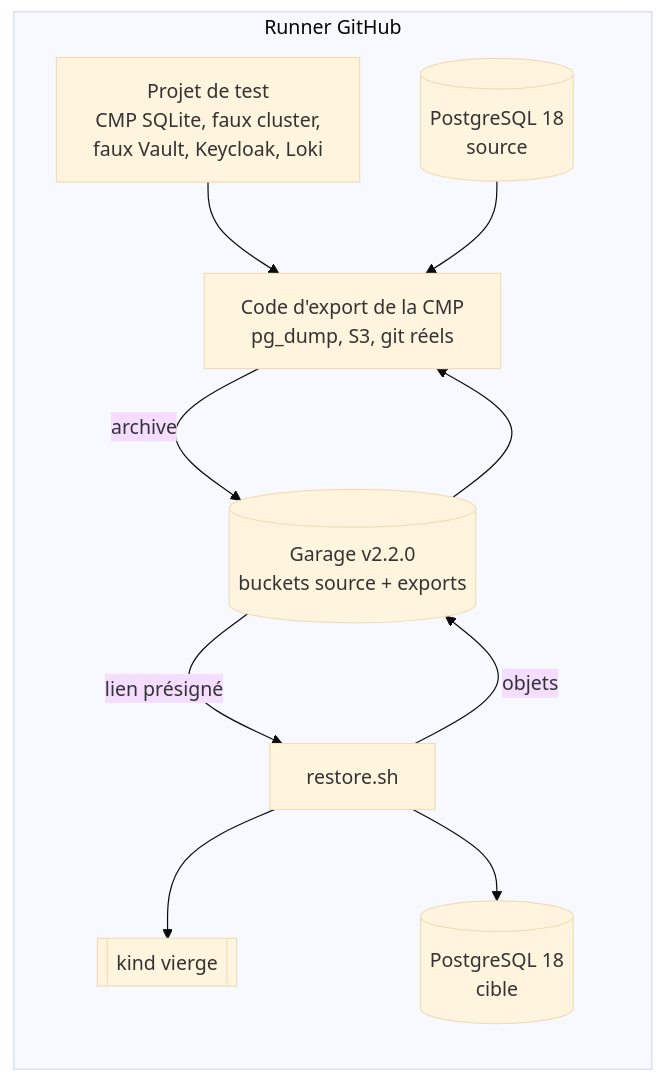
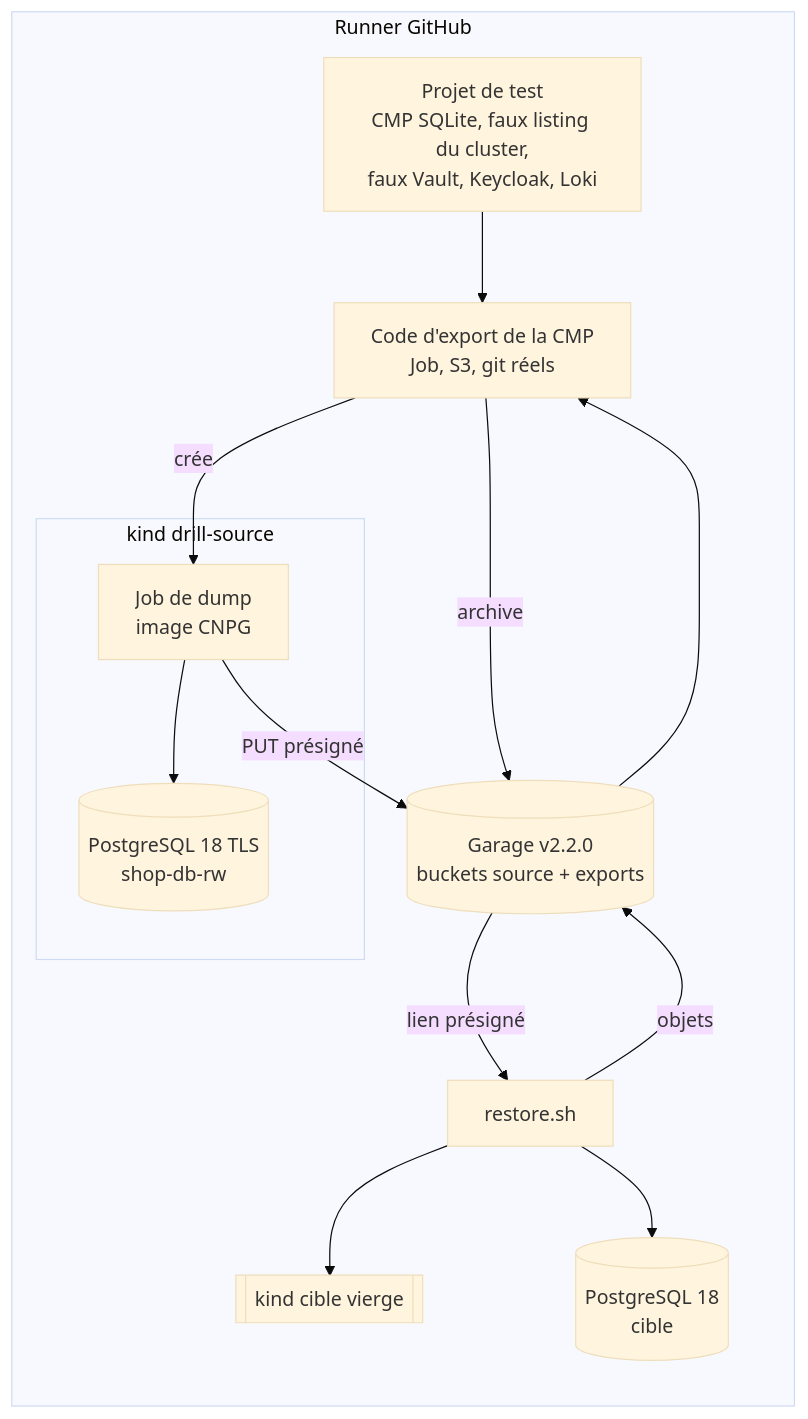
Before and after one commit to 3-Istor/cnp-docs: the first of 2 diagrams in docs/09-conformite/03-reversibilite-portabilite.md, drawn with Mermaid (base theme). The commit also changed other lines of this file, not shown here.

First line of the commit message:
docs(compliance): secret values stay in Vault, dump Job, erasure audit

````diff
--- a/docs/09-conformite/03-reversibilite-portabilite.md
+++ b/docs/09-conformite/03-reversibilite-portabilite.md
@@ -199,20 +224,25 @@
 ```mermaid
 flowchart LR
   subgraph runner[Runner GitHub]
-    seed[Projet de test<br/>CMP SQLite, faux cluster,<br/>faux Vault, Keycloak, Loki]
-    src[(PostgreSQL 18<br/>source)]
+    seed[Projet de test<br/>CMP SQLite, faux listing du cluster,<br/>faux Vault, Keycloak, Loki]
+    subgraph source[kind drill-source]
+      src[(PostgreSQL 18 TLS<br/>shop-db-rw)]
+      job[Job de dump<br/>image CNPG]
+    end
     garage[(Garage v2.2.0<br/>buckets source + exports)]
-    exp[Code d'export de la CMP<br/>pg_dump, S3, git réels]
+    exp[Code d'export de la CMP<br/>Job, S3, git réels]
     dst[(PostgreSQL 18<br/>cible)]
-    kind[[kind vierge]]
+    kind[[kind cible vierge]]
     restore[restore.sh]
   end
   seed --> exp
-  src --> exp
+  exp -- crée --> job
+  job --> src
+  job -- PUT présigné --> garage
   garage --> exp
   exp -- archive --> garage
   garage -- lien présigné --> restore
   restore --> kind
   restore --> dst
   restore -- objets --> garage
 ```
````
